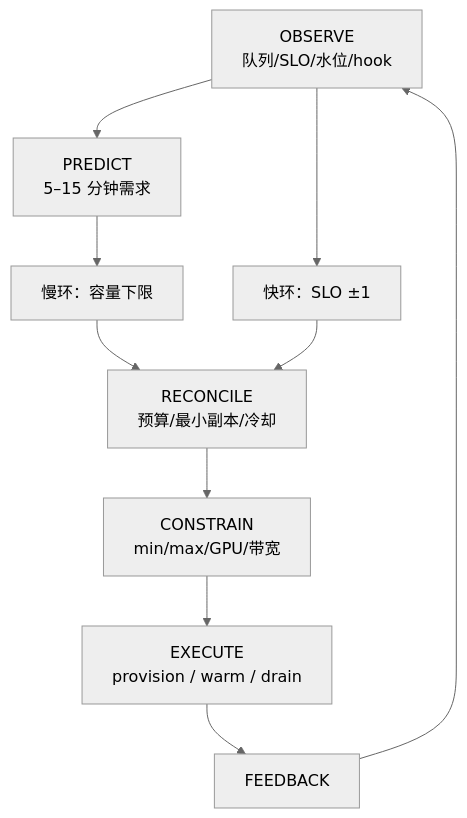
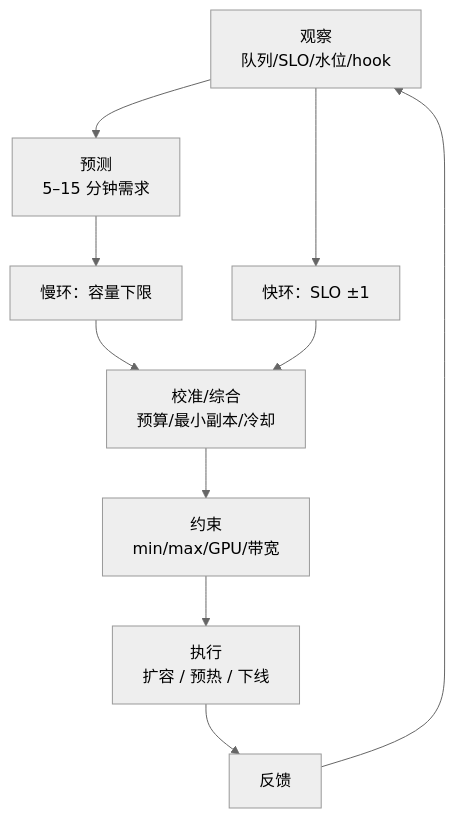
Before and after one commit to 5x8-40/lake: the seventh of 7 diagrams in kvcm/design/D8-joint-scheduling.md, drawn with Mermaid (neutral theme). The commit also changed other lines of this file and 4 other files, not shown here.

````diff
--- a/kvcm/design/D8-joint-scheduling.md
+++ b/kvcm/design/D8-joint-scheduling.md
@@ -410,12 +382,12 @@
 ```mermaid
 flowchart TB
-    O["OBSERVE<br/>队列/SLO/水位/hook"] --> P["PREDICT<br/>5–15 分钟需求"]
+    O["观察<br/>队列/SLO/水位/hook"] --> P["预测<br/>5–15 分钟需求"]
     P --> SL["慢环：容量下限"]
     O --> FL["快环：SLO ±1"]
-    SL --> R["RECONCILE<br/>预算/最小副本/冷却"]
+    SL --> R["校准/综合<br/>预算/最小副本/冷却"]
     FL --> R
-    R --> C["CONSTRAIN<br/>min/max/GPU/带宽"]
-    C --> E["EXECUTE<br/>provision / warm / drain"]
-    E --> F["FEEDBACK"]
+    R --> C["约束<br/>min/max/GPU/带宽"]
+    C --> E["执行<br/>扩容 / 预热 / 下线"]
+    E --> F["反馈"]
     F --> O
 ```
````
